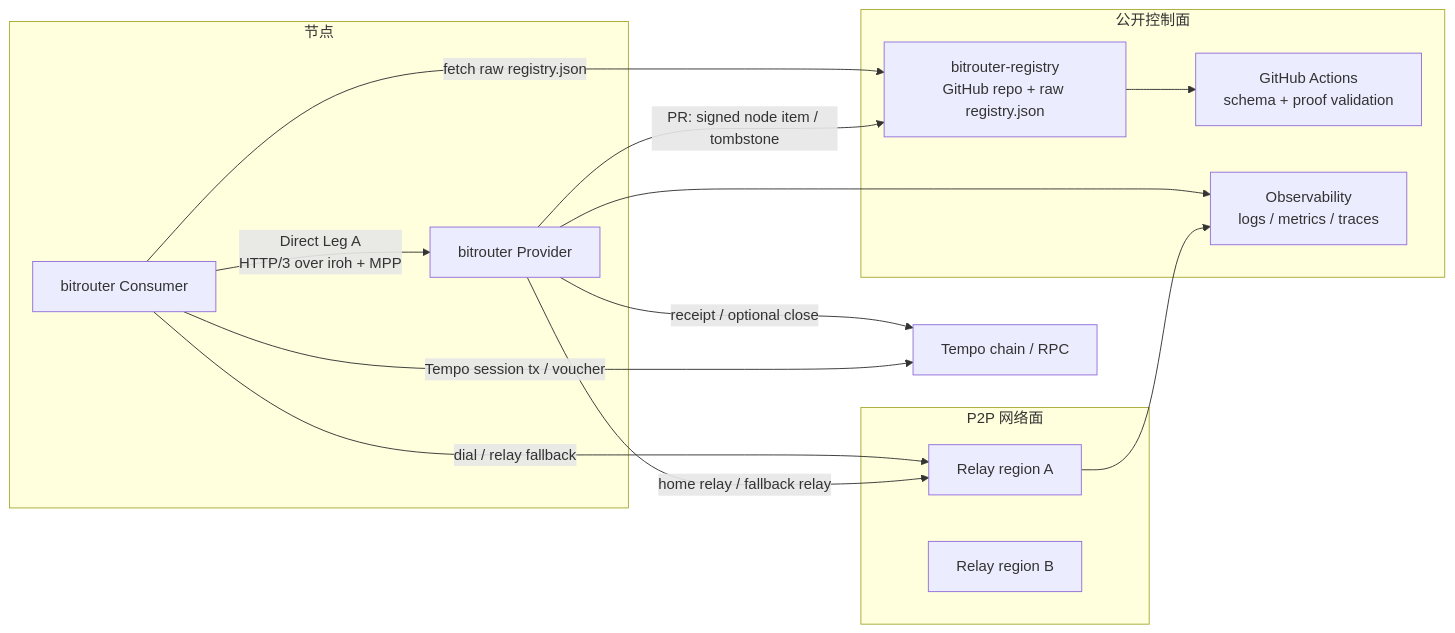
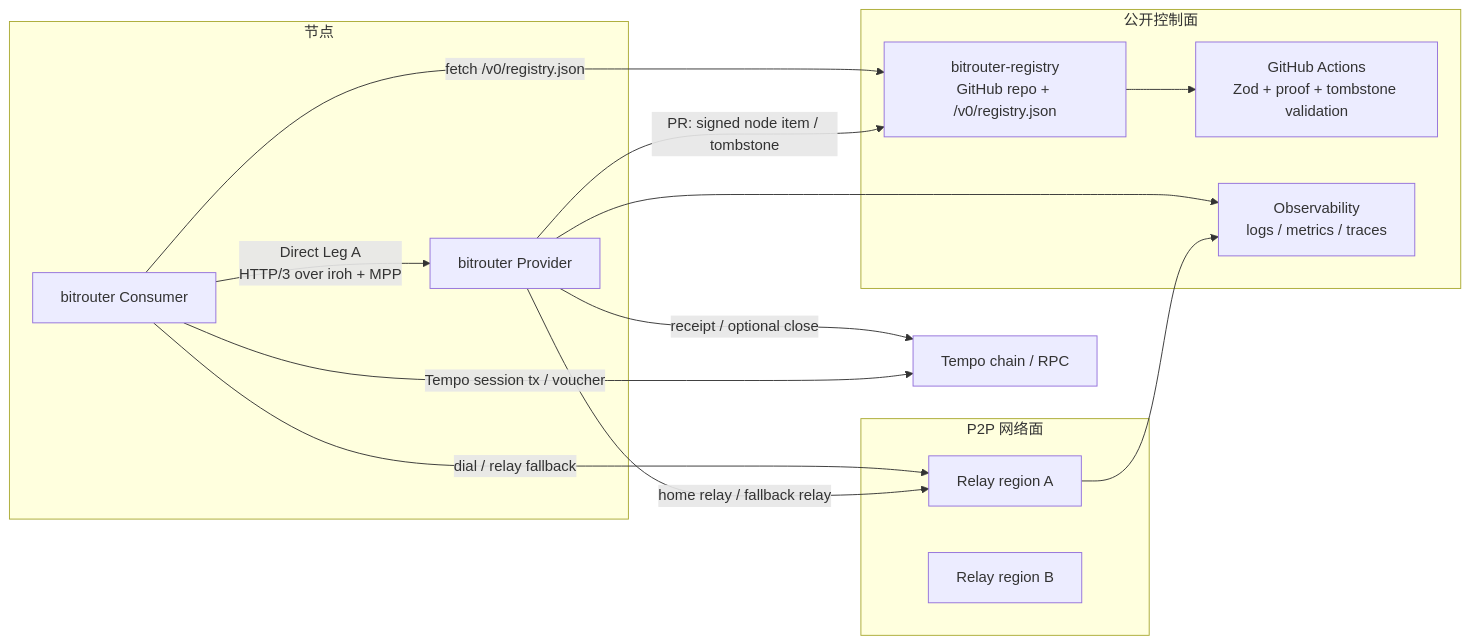
The first of 2 diagrams in specs/p2p/008-01-network-deployment.md (bitrouter/bitrouter), drawn with Mermaid before and after one commit. The commit also changed other lines of this file and 5 other files, not shown here.

````diff
--- a/specs/p2p/008-01-network-deployment.md
+++ b/specs/p2p/008-01-network-deployment.md
@@ -13,31 +13,31 @@
 ```mermaid
 flowchart LR
     subgraph Control["公开控制面"]
-        Registry["bitrouter-registry<br/>GitHub repo + raw registry.json"]
-        CI["GitHub Actions<br/>schema + proof validation"]
+        Registry["bitrouter-registry<br/>GitHub repo + /v0/registry.json"]
+        CI["GitHub Actions<br/>Zod + proof + tombstone validation"]
         Metrics["Observability<br/>logs / metrics / traces"]
     end
 
     subgraph Network["P2P 网络面"]
         RelayA["Relay region A"]
         RelayB["Relay region B"]
     end
 
     subgraph Nodes["节点"]
         Consumer["bitrouter Consumer"]
         Provider["bitrouter Provider"]
     end
 
     Tempo["Tempo chain / RPC"]
 
     Provider -->|"PR: signed node item / tombstone"| Registry
     Registry --> CI
-    Consumer -->|"fetch raw registry.json"| Registry
+    Consumer -->|"fetch /v0/registry.json"| Registry
     Provider -->|"home relay / fallback relay"| RelayA
     Consumer -->|"dial / relay fallback"| RelayA
     Consumer -->|"Direct Leg A<br/>HTTP/3 over iroh + MPP"| Provider
     Consumer -->|"Tempo session tx / voucher"| Tempo
     Provider -->|"receipt / optional close"| Tempo
     RelayA --> Metrics
     Provider --> Metrics
 ```
````
